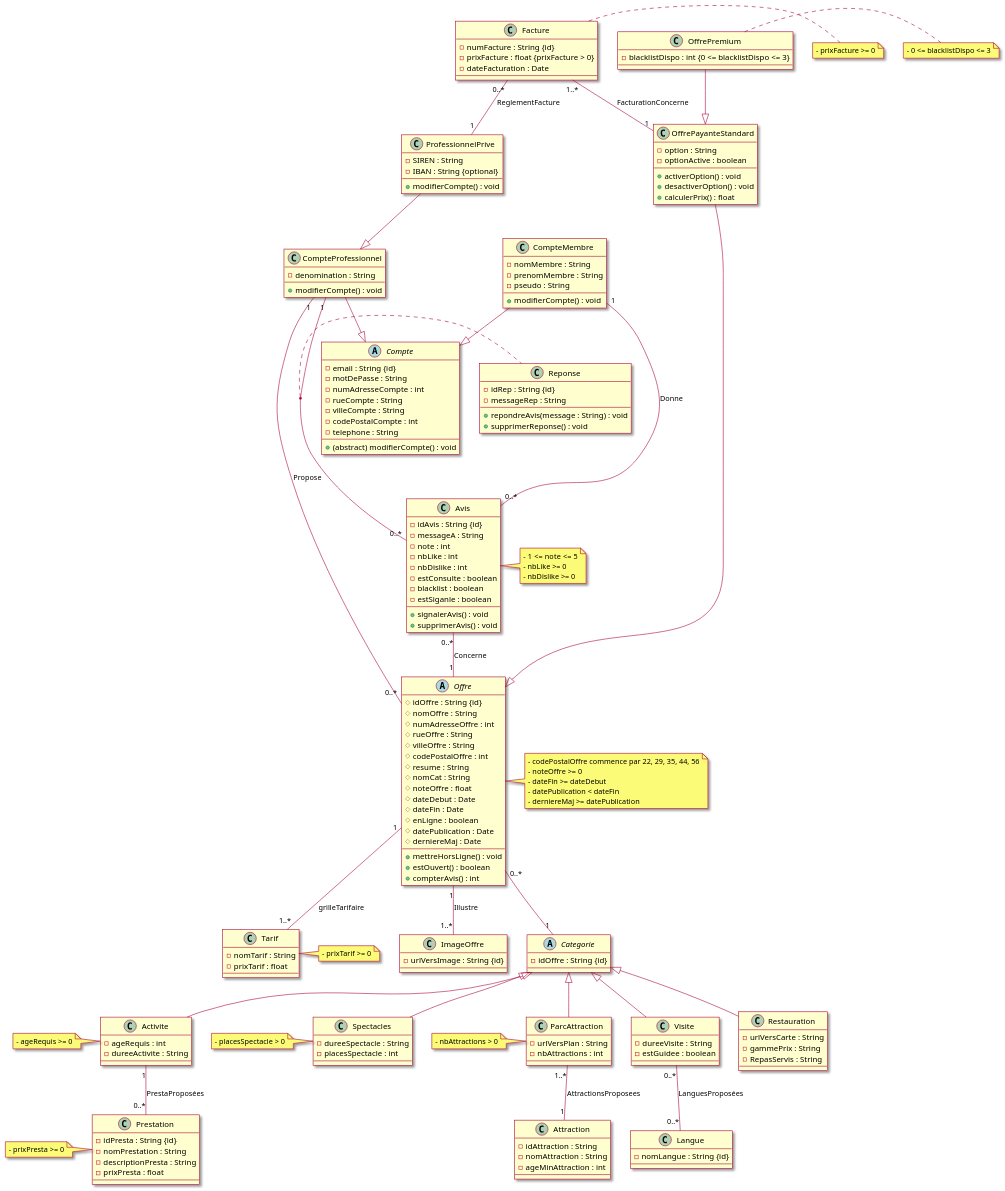
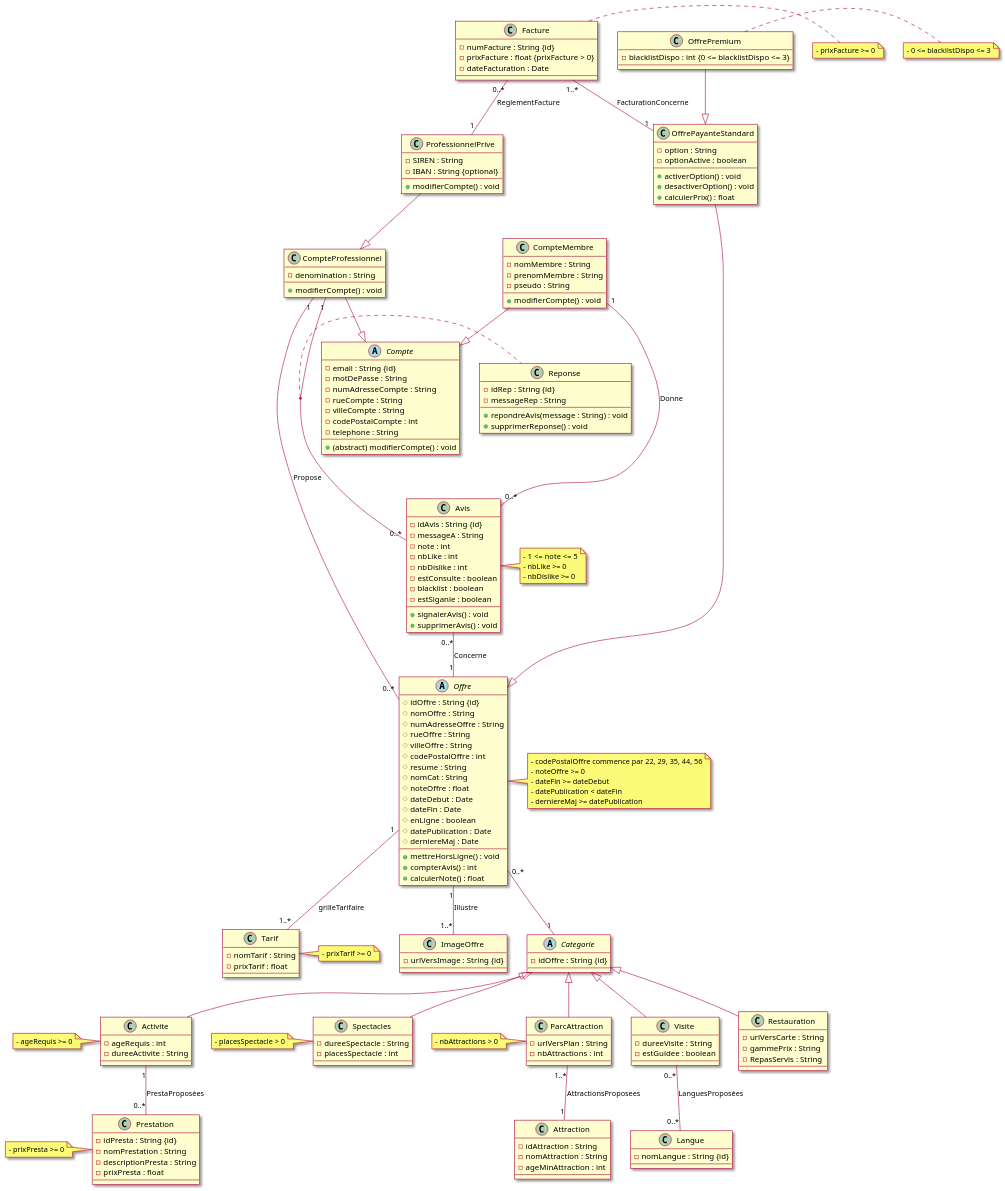
Before and after one commit to ArianeGL/c1.2-srfc: the diagram in bdd/uml.puml, drawn with PlantUML. The commit also changed 1 other file, not shown here.

Commit message:
change how we handle Offre pricing

```diff
--- a/bdd/uml.puml
+++ b/bdd/uml.puml
@@ -5,7 +5,7 @@
 abstract class Compte {
   - email : String {id}
   - motDePasse : String
-  - numAdresseCompte : int
+  - numAdresseCompte : String
   - rueCompte : String
   - villeCompte : String
   - codePostalCompte : int
@@ -40,7 +40,7 @@
 abstract class Offre {
   # idOffre : String {id}
   # nomOffre : String
-  # numAdresseOffre : int
+  # numAdresseOffre : String
   # rueOffre : String
   # villeOffre : String
   # codePostalOffre : int
@@ -53,8 +53,8 @@
   # datePublication : Date
   # derniereMaj : Date
   + mettreHorsLigne() : void
-  + estOuvert() : boolean
   + compterAvis() : int
+  + calculerNote() : float
 }
 
 note right of Offre
```
